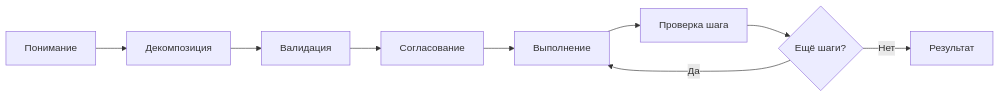
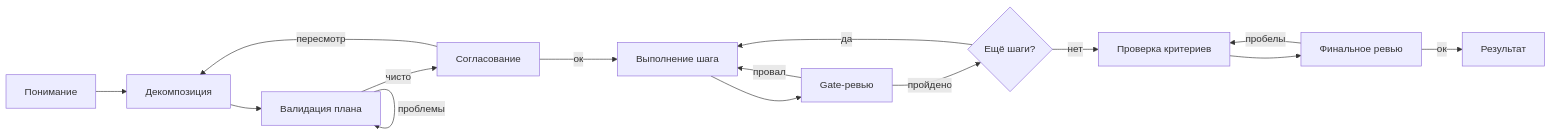
One commit to moira-mcp/moira changed the diagram in packages/docs/src/content/docs/ru/docs/reference/workflows/robust-task.mdx. Above: the diagram before and after it, drawn with Mermaid. The commit also changed other lines of this file and 3 other files, not shown here.

````diff
--- a/packages/docs/src/content/docs/ru/docs/reference/workflows/robust-task.mdx
+++ b/packages/docs/src/content/docs/ru/docs/reference/workflows/robust-task.mdx
@@ -20,11 +22,17 @@
 ```mermaid
 flowchart LR
     A[Понимание] --> B[Декомпозиция]
-    B --> C[Валидация]
-    C --> D[Согласование]
-    D --> E[Выполнение]
-    E --> F[Проверка шага]
-    F --> G{Ещё шаги?}
-    G -->|Да| E
-    G -->|Нет| H[Результат]
+    B --> C[Валидация плана]
+    C -->|проблемы| C
+    C -->|чисто| D[Согласование]
+    D -->|пересмотр| B
+    D -->|ок| E[Выполнение шага]
+    E --> F[Gate-ревью]
+    F -->|провал| E
+    F -->|пройдено| G{Ещё шаги?}
+    G -->|да| E
+    G -->|нет| H[Проверка критериев]
+    H --> I[Финальное ревью]
+    I -->|пробелы| H
+    I -->|ок| J[Результат]
 ```
````
